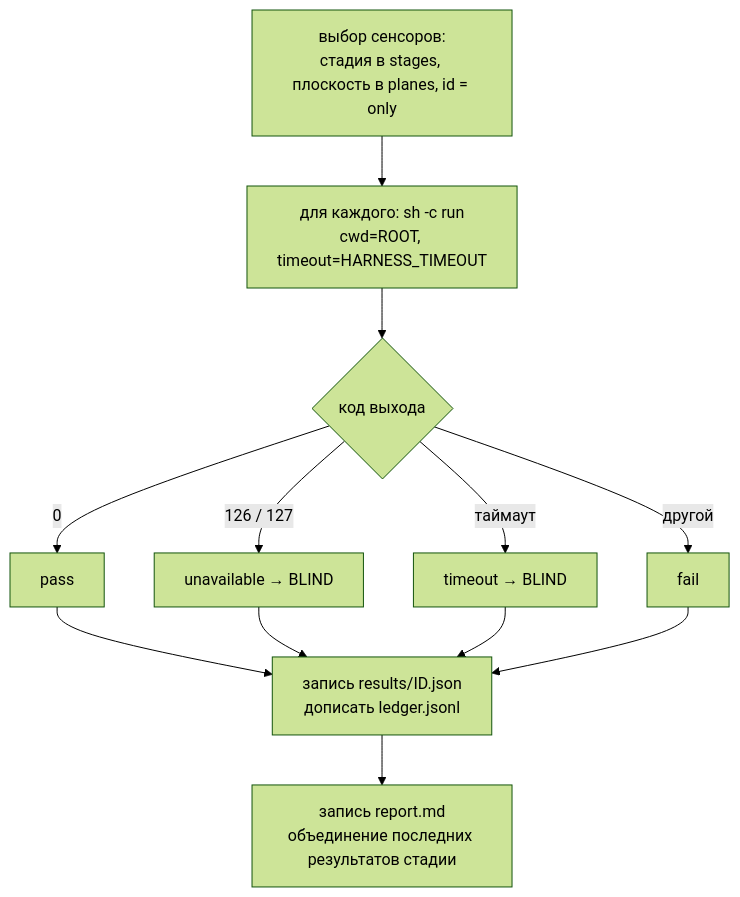
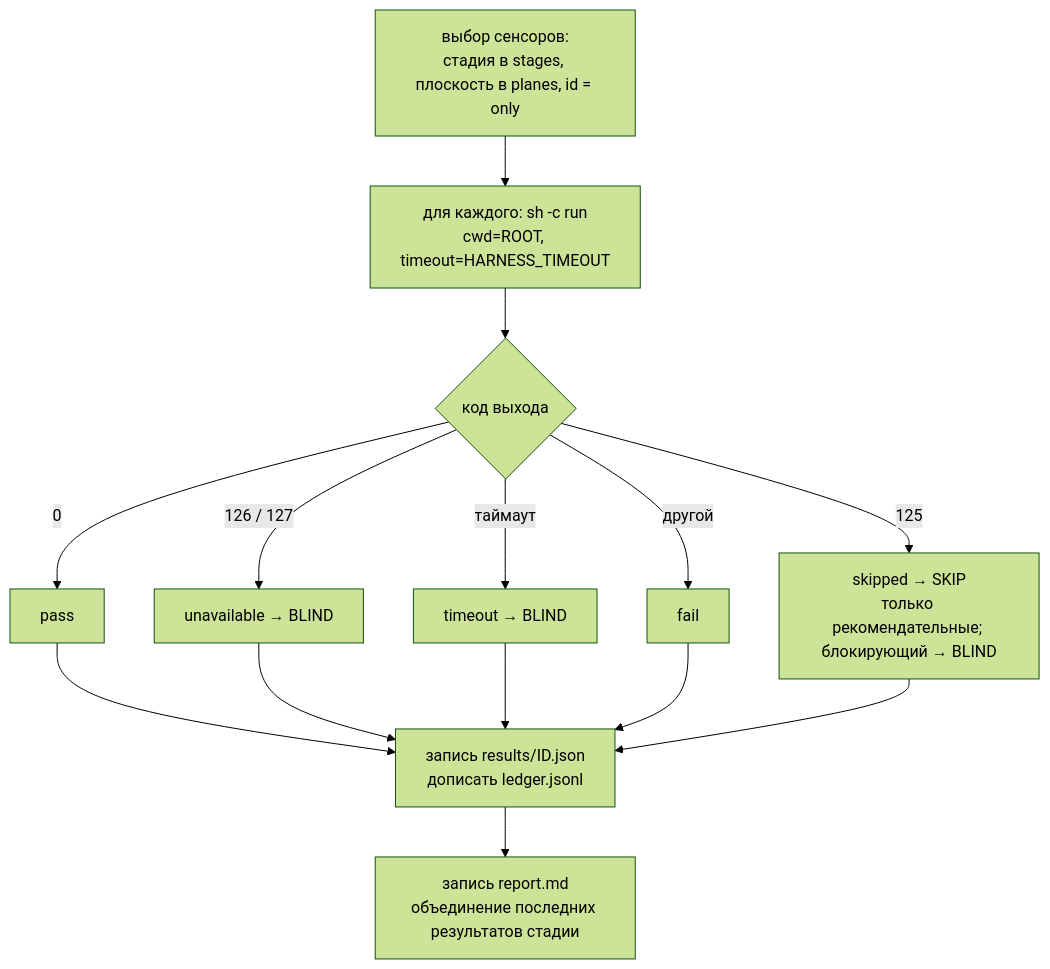
One commit to armdev/harness-template changed the first of 7 diagrams in docs/ru/06-low-level-design.md. Above: the diagram before and after it, drawn with Mermaid (forest theme). The commit also changed other lines of this file and 11 other files, not shown here.

````diff
--- a/docs/ru/06-low-level-design.md
+++ b/docs/ru/06-low-level-design.md
@@ -30,11 +30,12 @@
 ```mermaid
 flowchart TD
     A["выбор сенсоров:<br/>стадия в stages, плоскость в planes, id = only"] --> B["для каждого: sh -c run<br/>cwd=ROOT, timeout=HARNESS_TIMEOUT"]
     B --> C{код выхода}
     C -->|0| P[pass]
     C -->|126 / 127| U["unavailable → BLIND"]
     C -->|таймаут| T["timeout → BLIND"]
+    C -->|125| K["skipped → SKIP<br/>только рекомендательные; блокирующий → BLIND"]
     C -->|другой| F[fail]
-    P & U & T & F --> W["запись results/ID.json<br/>дописать ledger.jsonl"]
+    P & U & T & F & K --> W["запись results/ID.json<br/>дописать ledger.jsonl"]
     W --> R["запись report.md<br/>объединение последних результатов стадии"]
 ```
````
